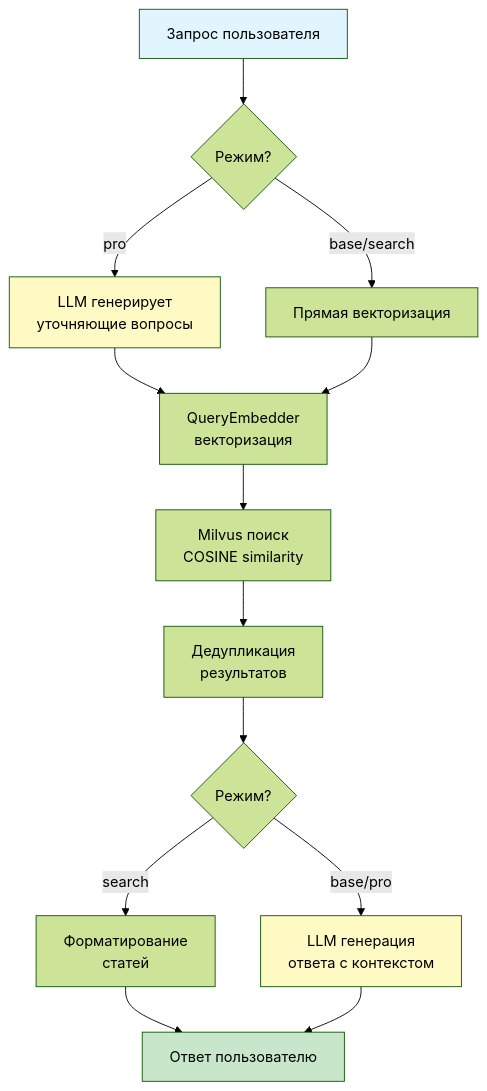
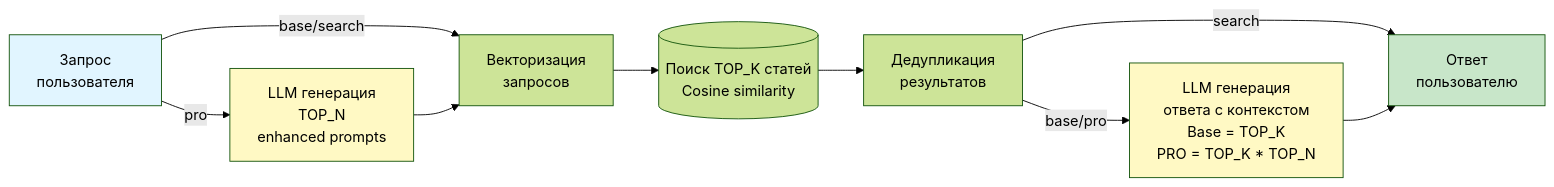
One commit to Hanbiike/law-rag-system changed the second of 5 diagrams in README.ru.md. Above: the diagram before and after it, drawn with Mermaid (forest theme). The commit also changed other lines of this file and 9 other files, not shown here.

````diff
--- a/README.ru.md
+++ b/README.ru.md
@@ -376,20 +355,17 @@
 ```mermaid
-flowchart TD
-    A[Запрос пользователя] --> B{Режим?}
-    B -->|pro| C[LLM генерирует<br/>уточняющие вопросы]
-    B -->|base/search| D[Прямая векторизация]
-    C --> E[QueryEmbedder<br/>векторизация]
-    D --> E
-    E --> F[Milvus поиск<br/>COSINE similarity]
+flowchart LR
+    A[Запрос<br/>пользователя]
+    A -->|pro| C[LLM генерация<br/>TOP_N<br/>enhanced prompts]
+    A -->|base/search| E
+    C --> E[Векторизация<br/> запросов]
+    E --> F[(Поиск TOP_K статей<br/>Cosine similarity)]
     F --> G[Дедупликация<br/>результатов]
-    G --> H{Режим?}
-    H -->|search| I[Форматирование<br/>статей]
-    H -->|base/pro| J[LLM генерация<br/>ответа с контекстом]
-    I --> K[Ответ пользователю]
-    J --> K
+    G --> |search| K[Форматирование<br/>статей]
+    G -->|base/pro| J[LLM генерация<br/>ответа с контекстом<br/>Base = TOP_K<br/>PRO = TOP_K * TOP_N]
+    J --> K[Ответ<br/>пользователю]
     
     style A fill:#e1f5ff
     style K fill:#c8e6c9
     style C fill:#fff9c4
     style J fill:#fff9c4
 ```
````
